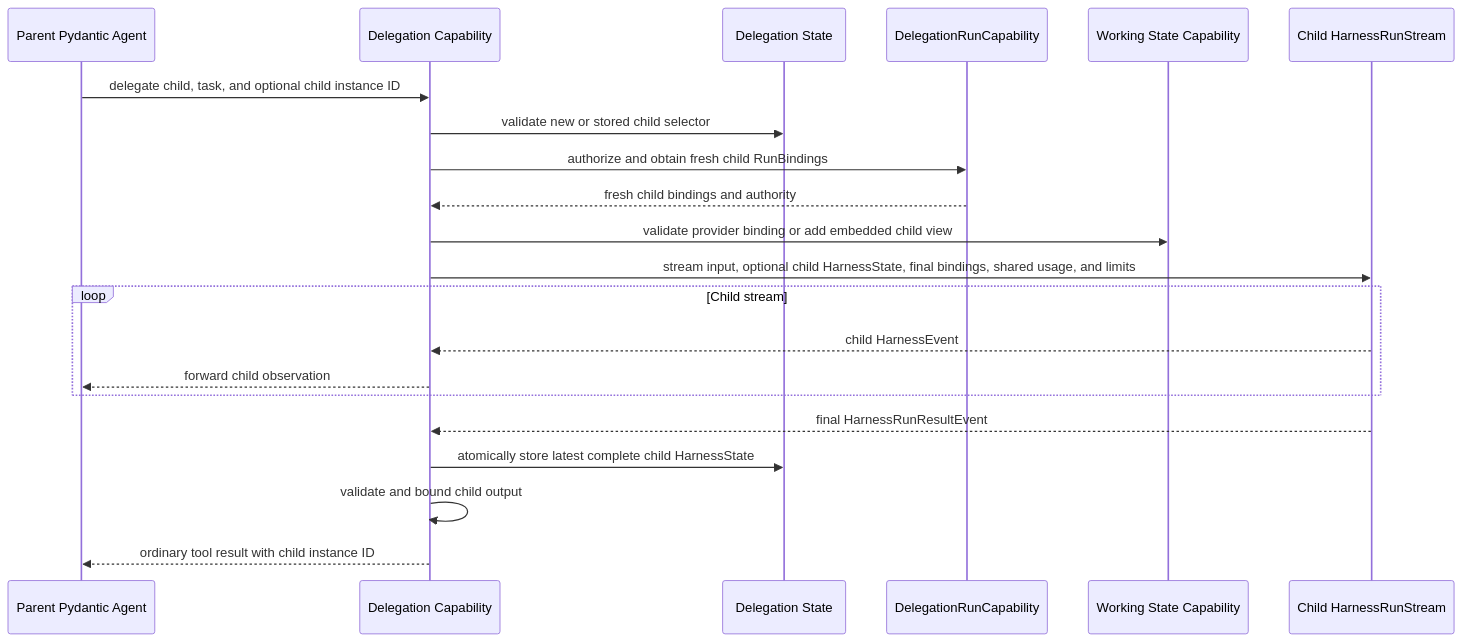
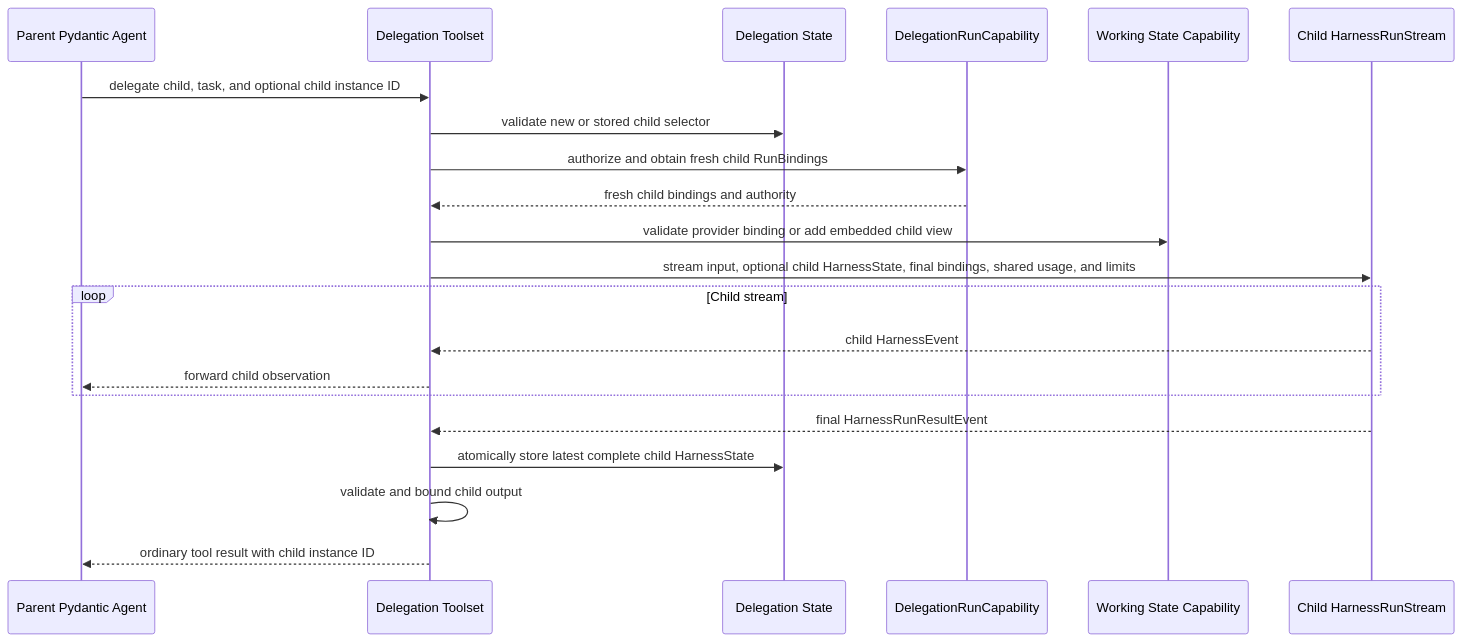
Before and after one commit to LTThreeComma/agent-foundation: the first of 2 diagrams in spec/agent-harness/11-delegation-and-subagents.md, drawn with Mermaid. The commit also changed other lines of this file and 92 other files, not shown here.

````diff
--- a/spec/agent-harness/11-delegation-and-subagents.md
+++ b/spec/agent-harness/11-delegation-and-subagents.md
@@ -177,24 +177,24 @@
 ```mermaid
 sequenceDiagram
     participant Parent as Parent Pydantic Agent
-    participant Delegate as Delegation Capability
+    participant Delegate as Delegation Toolset
     participant State as Delegation State
     participant Binder as DelegationRunCapability
     participant Tasks as Working State Capability
     participant Child as Child HarnessRunStream
 
     Parent->>Delegate: delegate child, task, and optional child instance ID
     Delegate->>State: validate new or stored child selector
     Delegate->>Binder: authorize and obtain fresh child RunBindings
     Binder-->>Delegate: fresh child bindings and authority
     Delegate->>Tasks: validate provider binding or add embedded child view
     Delegate->>Child: stream input, optional child HarnessState, final bindings, shared usage, and limits
     loop Child stream
         Child-->>Delegate: child HarnessEvent
         Delegate-->>Parent: forward child observation
     end
     Child-->>Delegate: final HarnessRunResultEvent
     Delegate->>State: atomically store latest complete child HarnessState
     Delegate->>Delegate: validate and bound child output
     Delegate-->>Parent: ordinary tool result with child instance ID
 ```
````
